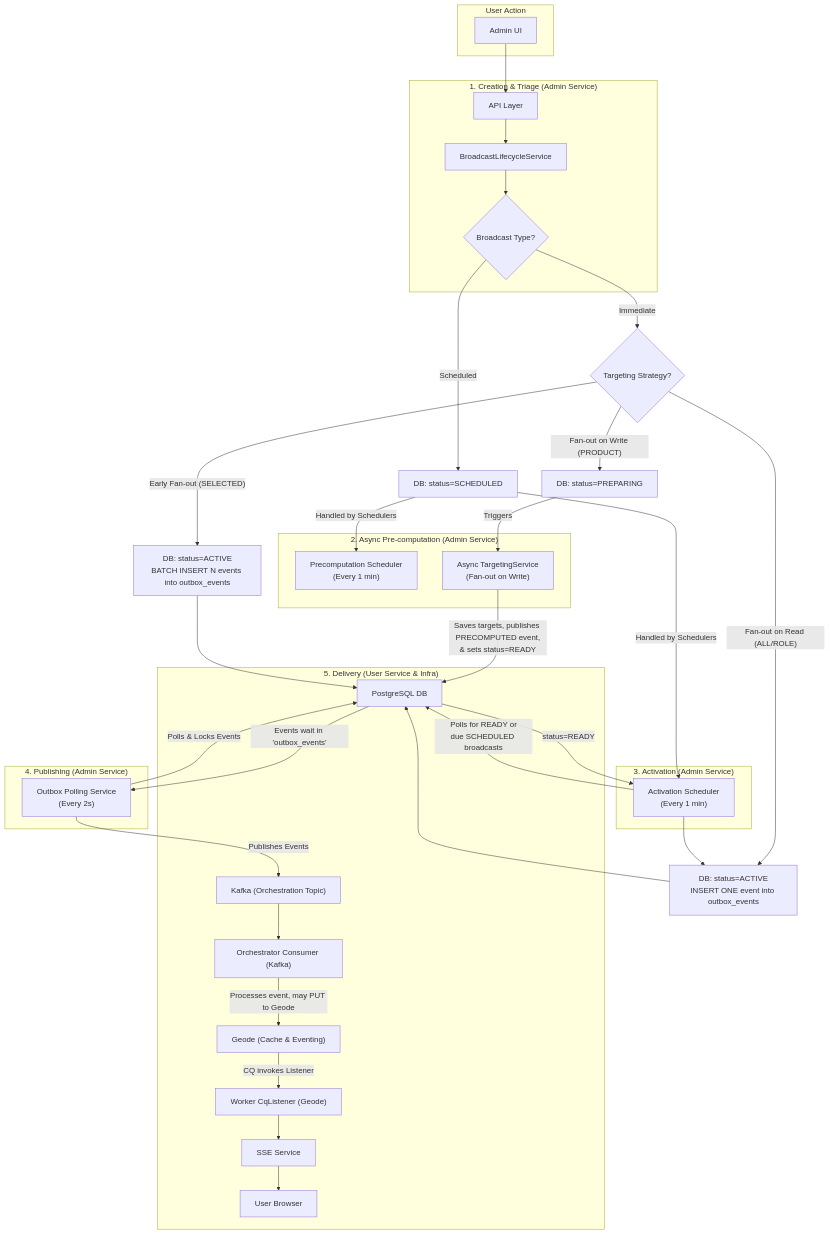
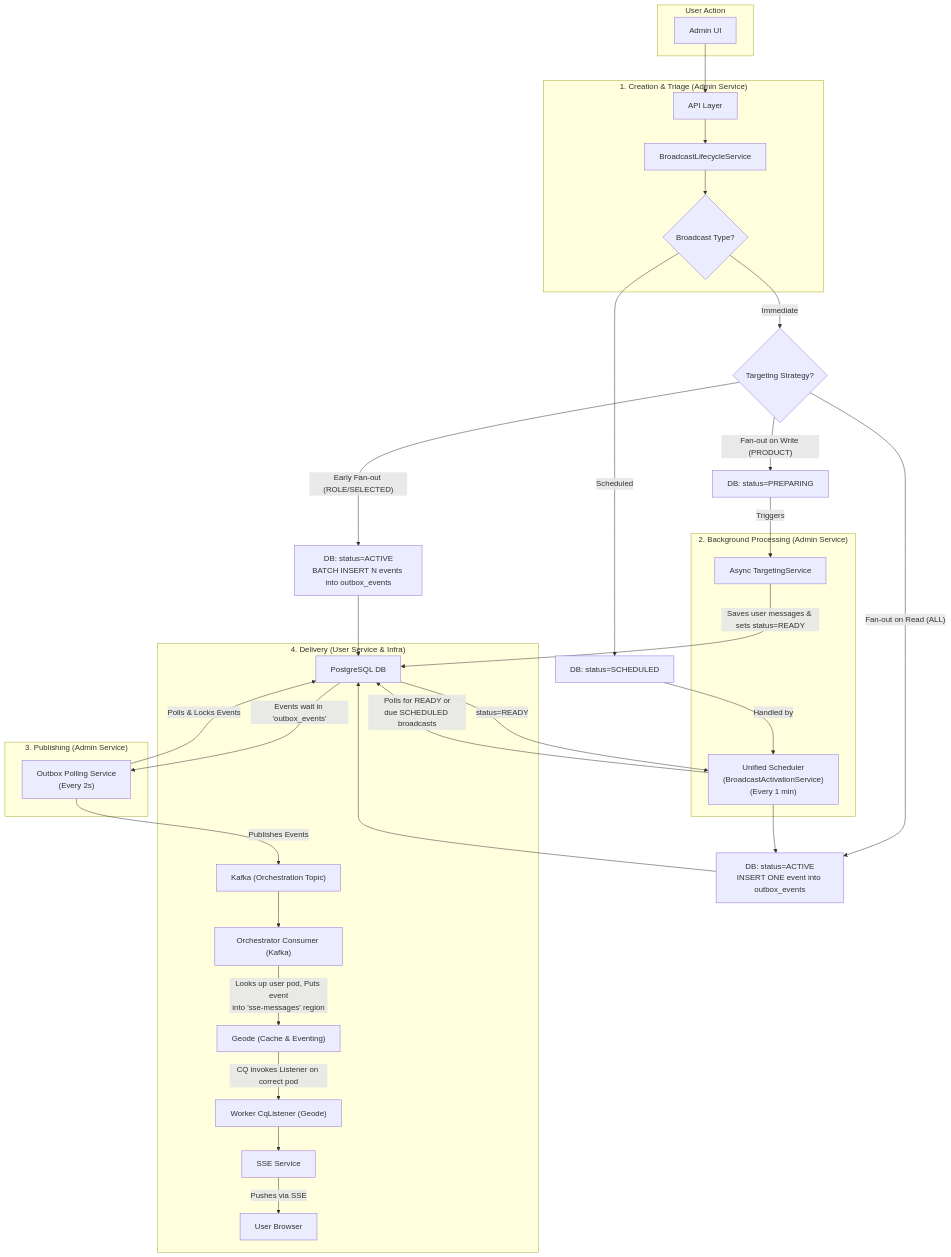
Before and after one commit to rsrini7/Notification-SSE-GLM-Flux: the diagram in MermaidDiagrams/graph-overall-flow-complex.mmd, drawn with Mermaid. The commit also changed 3 other files, not shown here.

First line of the commit message:
refactor(MermaidDiagrams): update sequence and flow diagrams for clarity

```diff
--- a/MermaidDiagrams/graph-overall-flow-complex.mmd
+++ b/MermaidDiagrams/graph-overall-flow-complex.mmd
@@ -1,69 +1,69 @@
 graph TD
     subgraph "User Action"
         AdminUI[Admin UI]
     end
 
     subgraph "1. Creation & Triage (Admin Service)"
         AdminAPI["API Layer"]
         LifecycleSvc["BroadcastLifecycleService"]
         CreationTriage{"Broadcast Type?"}
     end
 
-    subgraph "2. Async Pre-computation (Admin Service)"
-        PrecomputationScheduler["Precomputation Scheduler<br/>(Every 1 min)"]
-        AsyncPrecomputation["Async TargetingService<br/>(Fan-out on Write)"]
+    %% MODIFIED: Schedulers are now represented as one unified service
+    subgraph "2. Background Processing (Admin Service)"
+        UnifiedScheduler["Unified Scheduler<br/>(BroadcastActivationService)<br/>(Every 1 min)"]
+        AsyncPrecomputation["Async TargetingService"]
     end
     
-    subgraph "3. Activation (Admin Service)"
-        ActivationScheduler["Activation Scheduler<br/>(Every 1 min)"]
-    end
-
-    subgraph "4. Publishing (Admin Service)"
+    subgraph "3. Publishing (Admin Service)"
         OutboxPoller["Outbox Polling Service<br/>(Every 2s)"]
     end
 
-    subgraph "5. Delivery (User Service & Infra)"
+    subgraph "4. Delivery (User Service & Infra)"
         OrchestratorConsumer["Orchestrator Consumer (Kafka)"]
         WorkerCqListener["Worker CqListener (Geode)"]
         SseService["SSE Service"]
         Kafka["Kafka (Orchestration Topic)"]
         Geode["Geode (Cache & Eventing)"]
         Postgres["PostgreSQL DB"]
         User[User Browser]
     end
     
     %% --- FLOW START ---
     AdminUI --> AdminAPI --> LifecycleSvc --> CreationTriage
 
     %% --- PATH A: IMMEDIATE BROADCASTS ---
     CreationTriage -- "Immediate" --> ImmediateType{"Targeting Strategy?"}
-    ImmediateType -- "Early Fan-out (SELECTED)" --> SaveActiveAndOutboxBatch["DB: status=ACTIVE<br/>BATCH INSERT N events into outbox_events"]
-    ImmediateType -- "Fan-out on Read (ALL/ROLE)" --> SaveActiveAndOutboxSingle["DB: status=ACTIVE<br/>INSERT ONE event into outbox_events"]
+    %% MODIFIED: ROLE and SELECTED now follow the same early fan-out path
+    ImmediateType -- "Early Fan-out (ROLE/SELECTED)" --> SaveActiveAndOutboxBatch["DB: status=ACTIVE<br/>BATCH INSERT N events into outbox_events"]
+    ImmediateType -- "Fan-out on Read (ALL)" --> SaveActiveAndOutboxSingle["DB: status=ACTIVE<br/>INSERT ONE event into outbox_events"]
     ImmediateType -- "Fan-out on Write (PRODUCT)" --> SavePreparing["DB: status=PREPARING"]
     
     SavePreparing -- "Triggers" --> AsyncPrecomputation
 
     %% --- PATH B: SCHEDULED BROADCASTS ---
     CreationTriage -- "Scheduled" --> SaveScheduled["DB: status=SCHEDULED"]
-    SaveScheduled -- "Handled by Schedulers" --> ActivationScheduler & PrecomputationScheduler
+    SaveScheduled -- "Handled by" --> UnifiedScheduler
     
     %% --- PRECOMPUTATION & ACTIVATION FLOW ---
-    AsyncPrecomputation -- "Saves targets, publishes PRECOMPUTED event,<br/>& sets status=READY" --> Postgres
-    Postgres -- "status=READY" --> ActivationScheduler
+    %% MODIFIED: Description now reflects writing to user_broadcast_messages
+    AsyncPrecomputation -- "Saves user messages & sets status=READY" --> Postgres
+    Postgres -- "status=READY" --> UnifiedScheduler
     
-    ActivationScheduler -- "Polls for READY or<br/>due SCHEDULED broadcasts" --> Postgres
-    ActivationScheduler --> SaveActiveAndOutboxSingle
+    UnifiedScheduler -- "Polls for READY or<br/>due SCHEDULED broadcasts" --> Postgres
+    UnifiedScheduler --> SaveActiveAndOutboxSingle
     
     %% --- CONVERGENCE & PUBLISHING ---
     SaveActiveAndOutboxSingle --> Postgres
     SaveActiveAndOutboxBatch --> Postgres
     Postgres -- "Events wait in 'outbox_events'" --> OutboxPoller
     OutboxPoller -- "Polls & Locks Events" --> Postgres
     OutboxPoller -- "Publishes Events" --> Kafka
 
-    %% --- DELIVERY ---
+    %% --- DELIVERY (Real-time Push Path) ---
     Kafka --> OrchestratorConsumer
-    OrchestratorConsumer -- "Processes event, may PUT to Geode" --> Geode
-    Geode -- "CQ invokes Listener" --> WorkerCqListener
+    %% MODIFIED: Description of Geode interaction is now more specific
+    OrchestratorConsumer -- "Looks up user pod, Puts event<br/>into 'sse-messages' region" --> Geode
+    Geode -- "CQ invokes Listener on correct pod" --> WorkerCqListener
     WorkerCqListener --> SseService
-    SseService --> User
+    SseService -- "Pushes via SSE" --> User
```
